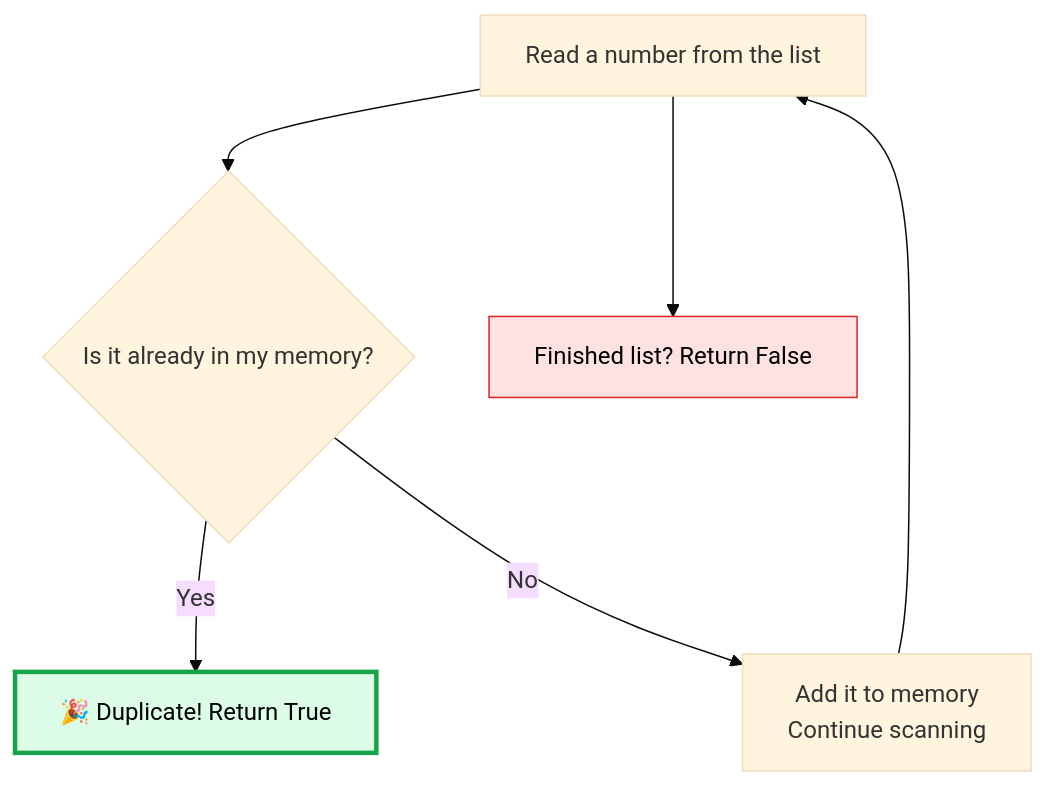
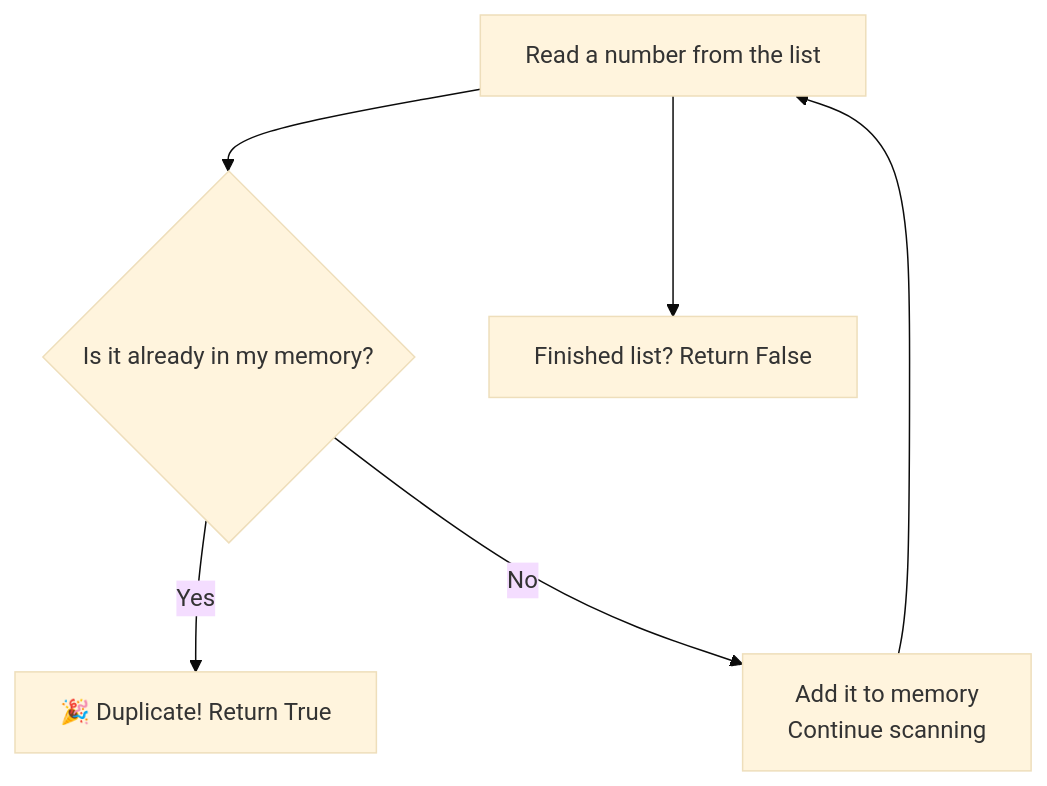
Before and after one commit to M-F-Tushar/LeetCode-Problem-Solving: the third of 13 diagrams in 02 - Contains Duplicate/README.md, drawn with Mermaid (base theme). The commit also changed other lines of this file and 6 other files, not shown here.

Commit message:
added 06 - Is Subsequence, 07 - Longest Consecutive Sequence

````diff
--- a/02 - Contains Duplicate/README.md
+++ b/02 - Contains Duplicate/README.md
@@ -65,11 +67,9 @@
 ```mermaid
 flowchart TD
     A["Read a number from the list"] --> B{"Is it already in my memory?"}
     B -- Yes --> C["🎉 Duplicate! Return True"]
     B -- No  --> D["Add it to memory\nContinue scanning"]
     D --> A
     A --> E["Finished list? Return False"]
 
-    style C fill:#dcfce7,stroke:#16a34a,stroke-width:3px,color:#000000
-    style E fill:#fee2e2,stroke:#dc2626,color:#000000
 ```
````
